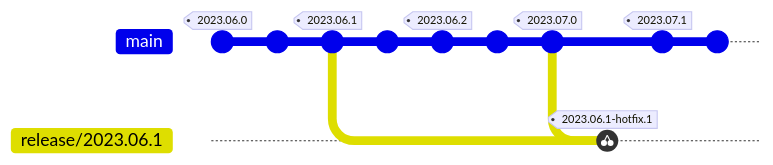
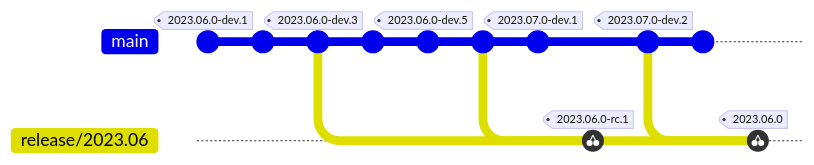
Before and after one commit to dev-build-deploy/release-me: the second of 2 diagrams in docs/versioning-strategies.md, drawn with Mermaid. The commit also changed other lines of this file and 8 other files, not shown here. Commit ids are hidden.

````diff
--- a/docs/versioning-strategies.md
+++ b/docs/versioning-strategies.md
@@ -129,17 +128,19 @@
 ```mermaid
 gitGraph
-       commit tag: "2023.06.0"
+       commit tag: "2023.06.0-dev.1"
        commit
-       commit tag: "2023.06.1"
-       branch "release/2023.06.1"
+       commit tag: "2023.06.0-dev.3"
+       branch "release/2023.06"
        checkout main
        commit
-       commit tag: "2023.06.2"
+       commit tag: "2023.06.0-dev.5"
+       commit id: "A"
+       commit tag: "2023.07.0-dev.1"
+       checkout "release/2023.06"
+       cherry-pick id: "A" tag: "2023.06.0-rc.1"
+       checkout main
+       commit tag: "2023.07.0-dev.2" id: "B"
        commit
-       commit tag: "2023.07.0" id: "A"
-       checkout "release/2023.06.1"
-       cherry-pick id: "A" tag: "2023.06.1-hotfix.1"
-       checkout main
-       commit tag: "2023.07.1"
-       commit
+       checkout "release/2023.06"
+       cherry-pick id: "B" tag: "2023.06.0"
 ```
````
